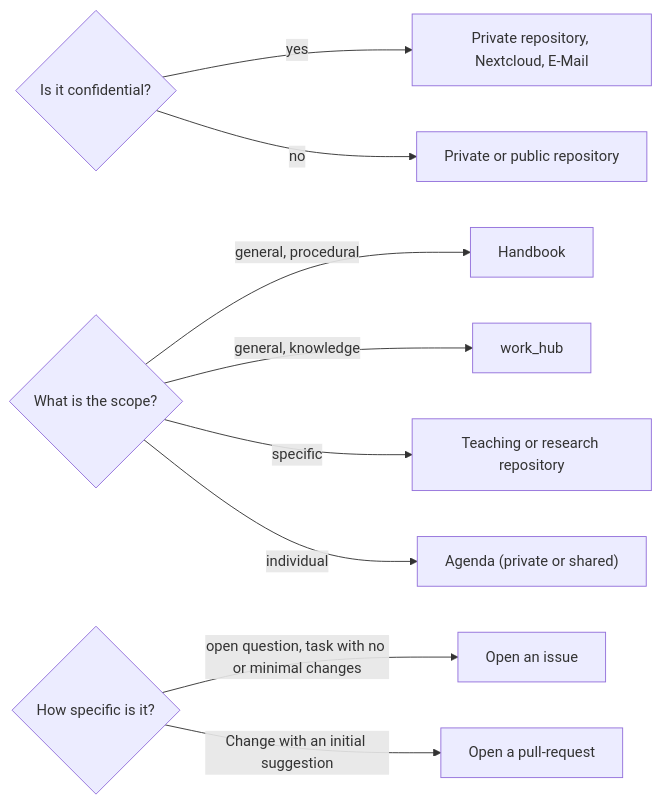
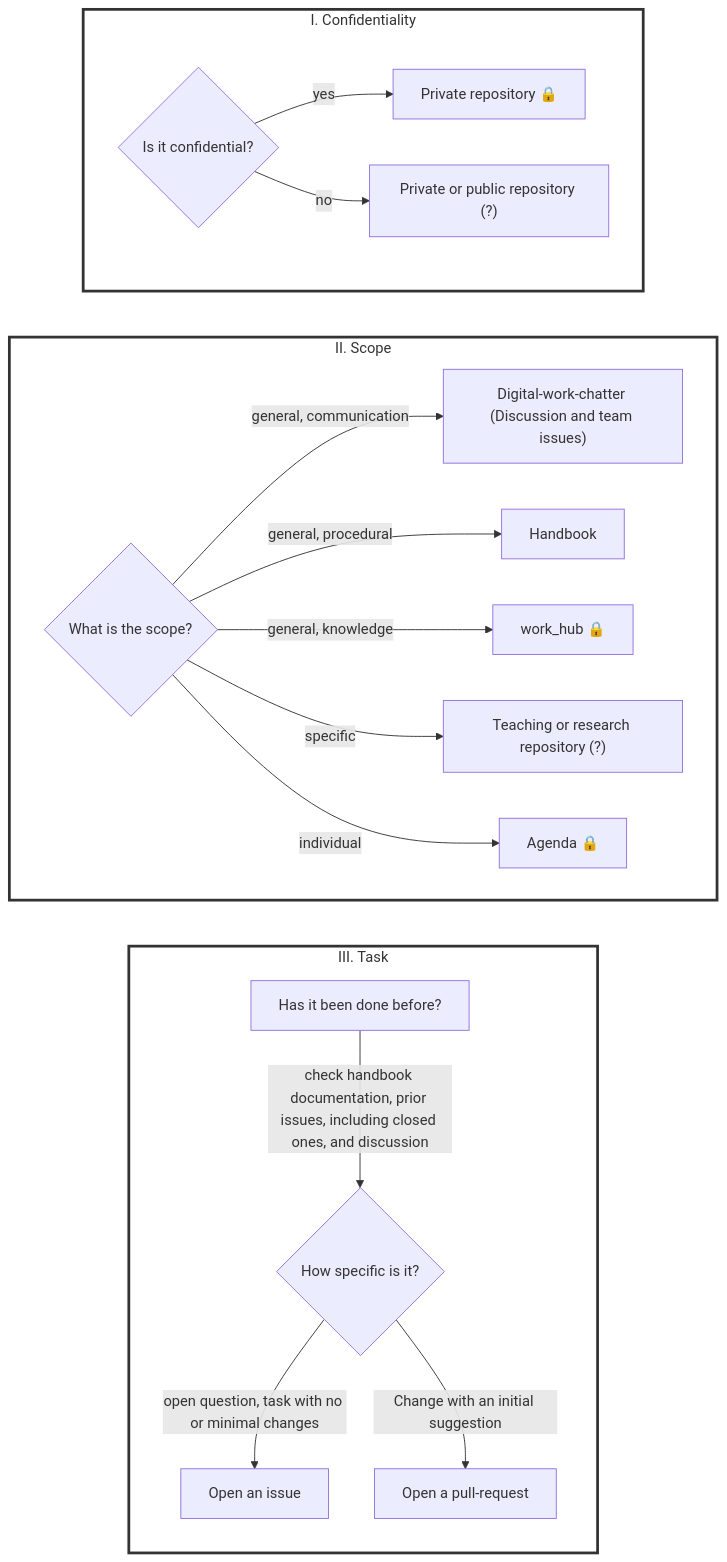
The diagram in docs/10-lab/10_processes/10.04.sop.md (digital-work-lab/handbook), drawn with Mermaid before and after one commit.

````diff
--- a/docs/10-lab/10_processes/10.04.sop.md
+++ b/docs/10-lab/10_processes/10.04.sop.md
@@ -60,16 +60,32 @@
 ```mermaid
 flowchart LR
-    B{Is it confidential?}
-    B -->|yes| C["Private repository, Nextcloud, E-Mail"]
-    B -->|no| D["Private or public repository"]
 
-    E{What is the scope?}
-    E -->|general, procedural| F["Handbook"]
-    E -->|general, knowledge| G["work_hub"]
-    E -->|specific| H["Teaching or research repository"]
-    E -->|individual| P["Agenda (private or shared)"]
+    subgraph task["III. Task"]
+        U["Has it been done before?"] -->|check handbook documentation, prior issues, including closed ones, and discussion| J
+        J{How specific is it?}
+        J -->|open question, task with no or minimal changes| K["Open an issue"]
+        J -->|Change with an initial suggestion| L["Open a pull-request"]
+    end
 
-    J{How specific is it?}
-    J -->|open question, task with no or minimal changes| K["Open an issue"]
-    J -->|Change with an initial suggestion| L["Open a pull-request"]
+    subgraph scope["II. Scope"]
+        direction LR
+        E{What is the scope?}
+        E -->|general, communication| R["Digital-work-chatter (Discussion and team issues)"]
+        E -->|general, procedural| F["Handbook"]
+        E -->|general, knowledge| G["work_hub 🔒"]
+        E -->|specific| H["Teaching or research repository (?)"]
+        E -->|individual| P["Agenda 🔒"]
+
+    end
+
+    subgraph confidentiality["I. Confidentiality"]
+        direction LR
+        B{Is it confidential?}
+        B -->|yes| C["Private repository 🔒"]
+        B -->|no| D["Private or public repository (?)"]
+    end
+
+    style task fill:white,stroke:#333,stroke-width:3px
+    style scope fill:white,stroke:#333,stroke-width:3px
+    style confidentiality fill:white,stroke:#333,stroke-width:3px
 ```
````
